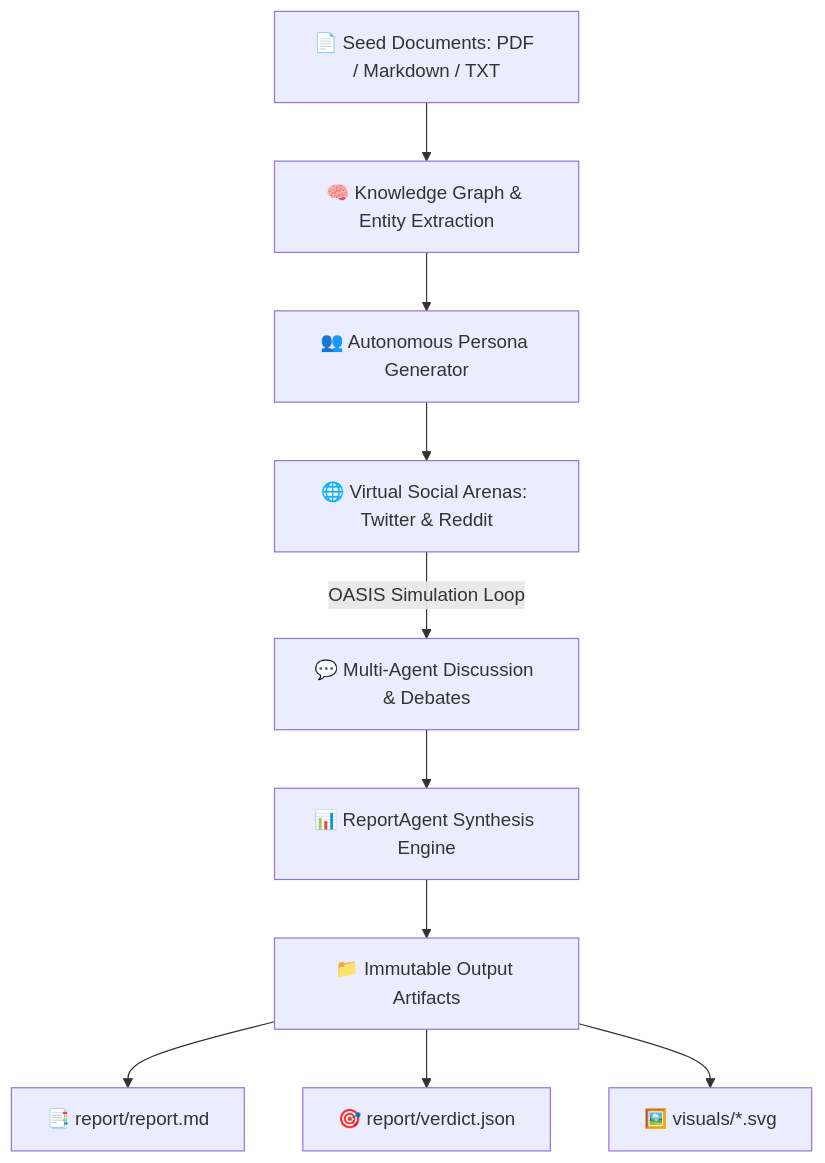
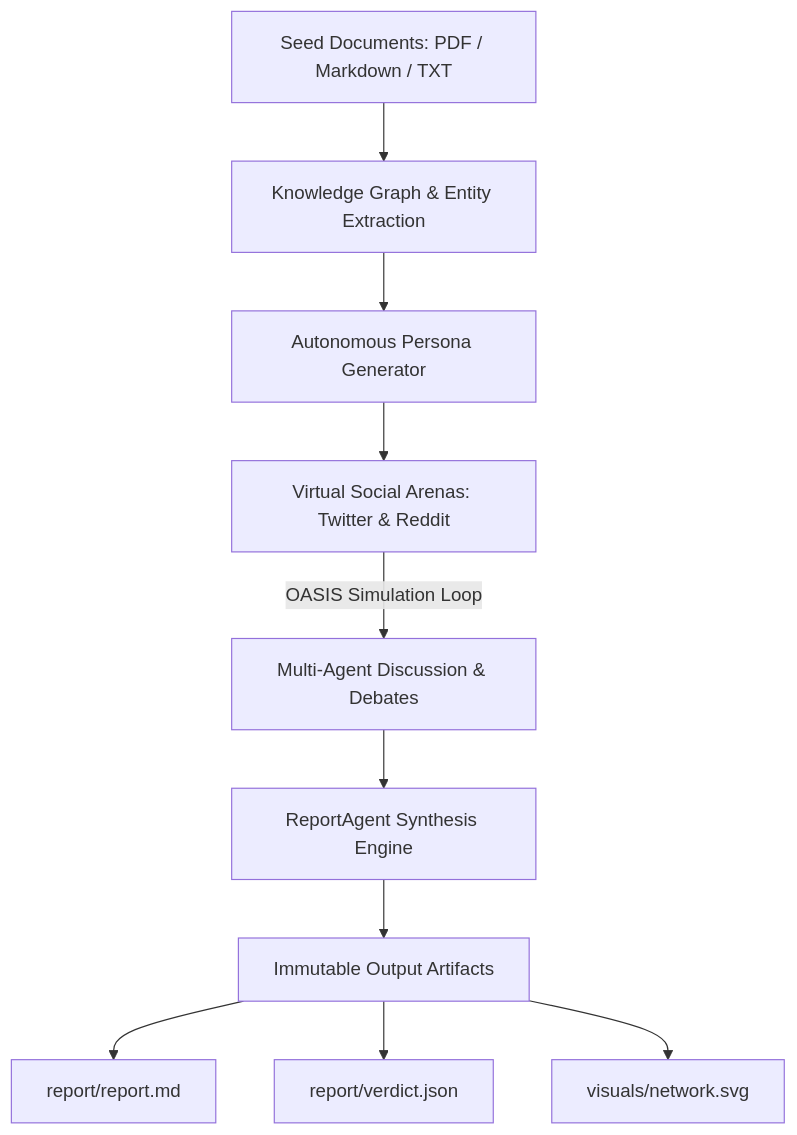
Before and after one commit to almazid-shisir/mirofish-cli-agy: the diagram in README.md, drawn with Mermaid. The commit also changed other lines of this file and 1 other file, not shown here.

Commit message:
docs: clean and streamline README, remove emojis, add agent prompts

````diff
--- a/README.md
+++ b/README.md
@@ -46,12 +46,12 @@
 ```mermaid
 flowchart TD
-    A[📄 Seed Documents: PDF / Markdown / TXT] --> B[🧠 Knowledge Graph & Entity Extraction]
-    B --> C[👥 Autonomous Persona Generator]
-    C --> D[🌐 Virtual Social Arenas: Twitter & Reddit]
-    D -->|OASIS Simulation Loop| E[💬 Multi-Agent Discussion & Debates]
-    E --> F[📊 ReportAgent Synthesis Engine]
-    F --> G[📁 Immutable Output Artifacts]
-    G --> G1[📑 report/report.md]
-    G --> G2[🎯 report/verdict.json]
-    G --> G3[🖼️ visuals/*.svg]
+    A[Seed Documents: PDF / Markdown / TXT] --> B[Knowledge Graph & Entity Extraction]
+    B --> C[Autonomous Persona Generator]
+    C --> D[Virtual Social Arenas: Twitter & Reddit]
+    D -->|OASIS Simulation Loop| E[Multi-Agent Discussion & Debates]
+    E --> F[ReportAgent Synthesis Engine]
+    F --> G[Immutable Output Artifacts]
+    G --> G1[report/report.md]
+    G --> G2[report/verdict.json]
+    G --> G3[visuals/network.svg]
 ```
````
